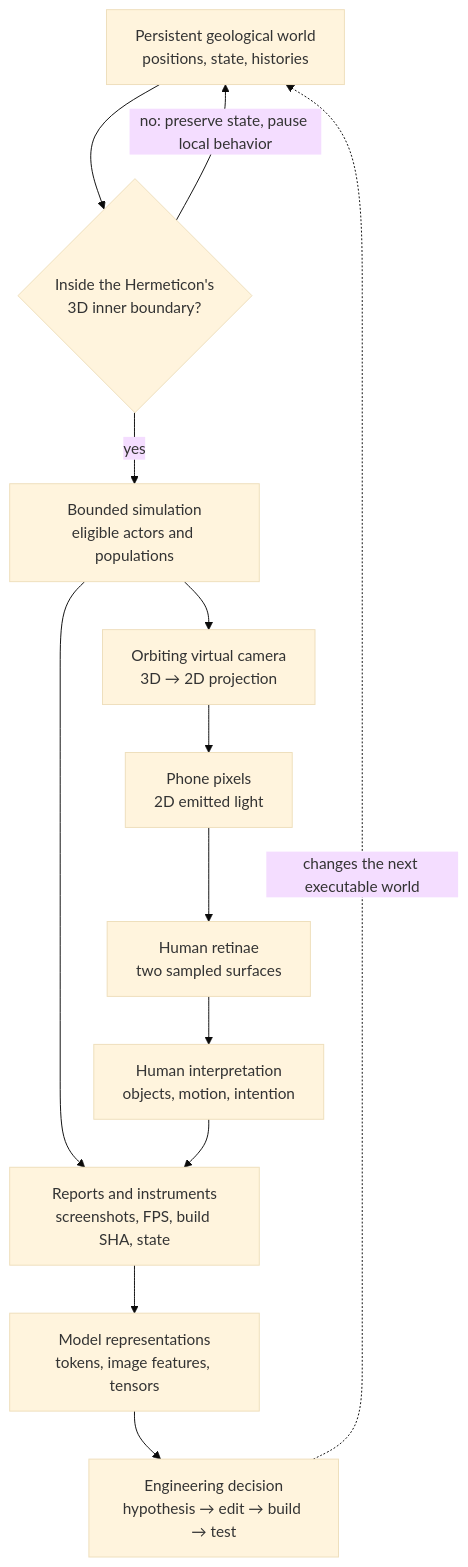
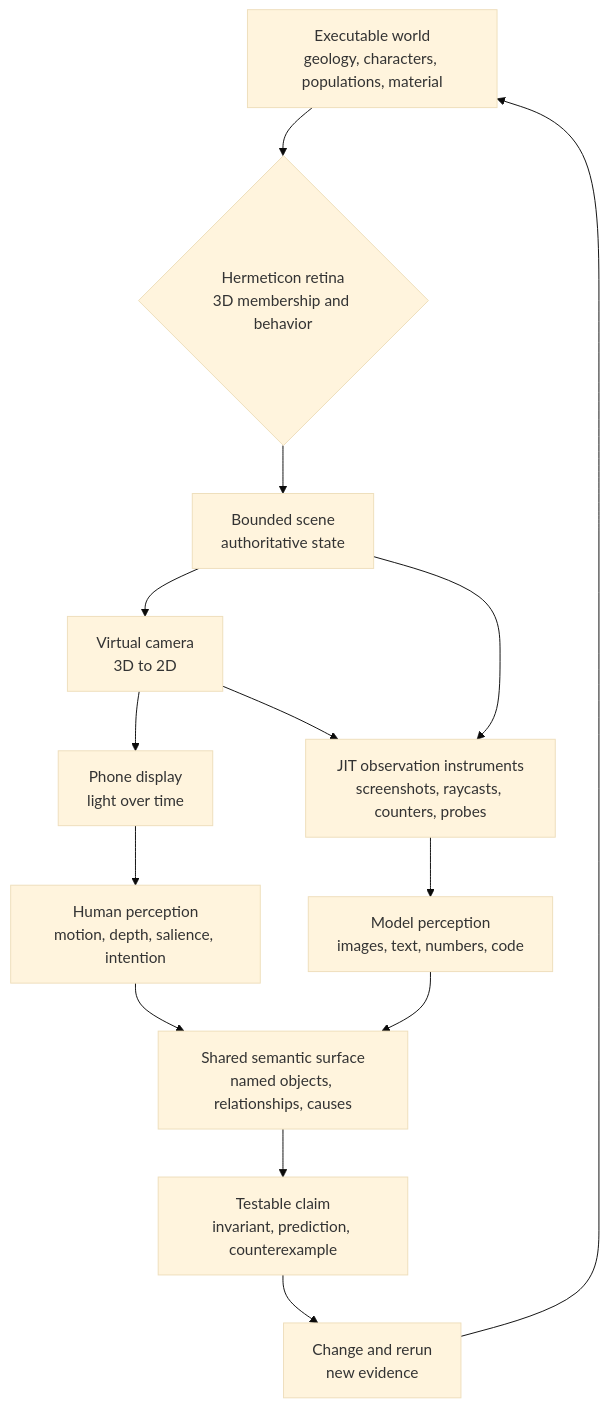
One commit to bonoj/Ledger changed the diagram in notes/2026-10-13-the-retinae-problem.md. Above: the diagram before and after it, drawn with Mermaid (base theme). The commit also changed other lines of this file, not shown here.

Commit message:
Deepen Retinae Problem with dual perception paths and JIT observation instruments

````diff
--- a/notes/2026-10-13-the-retinae-problem.md
+++ b/notes/2026-10-13-the-retinae-problem.md
@@ -12,21 +16,22 @@
 ```mermaid
 flowchart TD
-    W["Persistent geological world<br/>positions, state, histories"]
-    H{"Inside the Hermeticon's<br/>3D inner boundary?"}
-    S["Bounded simulation<br/>eligible actors and populations"]
-    C["Orbiting virtual camera<br/>3D → 2D projection"]
-    P["Phone pixels<br/>2D emitted light"]
-    E["Human retinae<br/>two sampled surfaces"]
-    B["Human interpretation<br/>objects, motion, intention"]
-    R["Reports and instruments<br/>screenshots, FPS, build SHA, state"]
-    M["Model representations<br/>tokens, image features, tensors"]
-    D["Engineering decision<br/>hypothesis → edit → build → test"]
-    W --> H
-    H -->|yes| S
-    H -->|no: preserve state, pause local behavior| W
-    S --> C --> P --> E --> B
-    S --> R
-    B --> R
-    R --> M --> D
-    D -.->|"changes the next executable world"| W
+    W["Executable world<br/>geology, characters, populations, material"]
+    H{"Hermeticon retina<br/>3D membership and behavior"}
+    S["Bounded scene<br/>authoritative state"]
+    C["Virtual camera<br/>3D to 2D"]
+    P["Phone display<br/>light over time"]
+    U["Human perception<br/>motion, depth, salience, intention"]
+    I["JIT observation instruments<br/>screenshots, raycasts, counters, probes"]
+    M["Model perception<br/>images, text, numbers, code"]
+    Q["Shared semantic surface<br/>named objects, relationships, causes"]
+    T["Testable claim<br/>invariant, prediction, counterexample"]
+    E["Change and rerun<br/>new evidence"]
+    W --> H --> S
+    S --> C --> P --> U
+    S --> I
+    C --> I
+    I --> M
+    U --> Q
+    M --> Q
+    Q --> T --> E --> W
 ```
````
